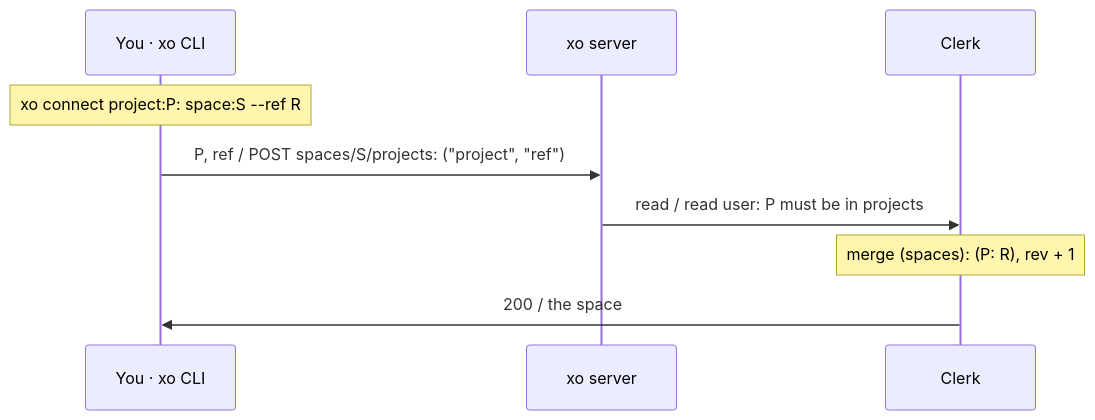
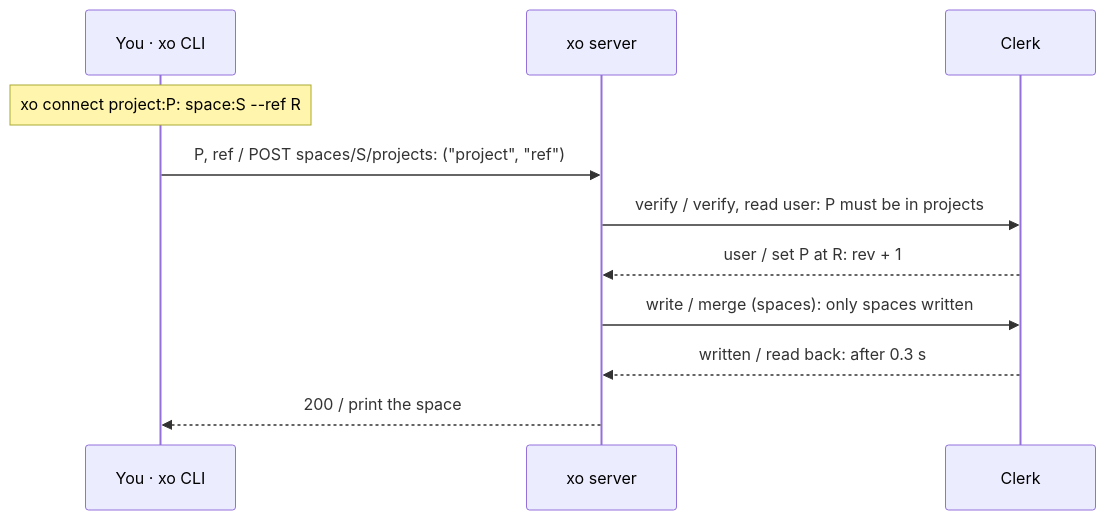
Before and after one commit to quirq-ai/xo: diagram 15 of 32 in docs/architecture.md, drawn with Mermaid. The commit also changed other lines of this file and 10 other files, not shown here.

First line of the commit message:
xo create and architecture: audit fixes on top of #35 and #36

````diff
--- a/docs/architecture.md
+++ b/docs/architecture.md
@@ -320,11 +345,13 @@
 ```mermaid
 sequenceDiagram
   participant Cli as You · xo CLI
   participant Srv as xo server
   participant Clerk as Clerk
   Note over Cli: xo connect project:P: space:S --ref R
   Cli->>Srv: P, ref / POST spaces/S/projects: ("project", "ref")
-  Srv->>Clerk: read / read user: P must be in projects
-  Note over Clerk: merge (spaces): (P: R), rev + 1
-  Clerk->>Cli: 200 / the space
+  Srv->>Clerk: verify / verify, read user: P must be in projects
+  Clerk-->>Srv: user / set P at R: rev + 1
+  Srv->>Clerk: write / merge (spaces): only spaces written
+  Clerk-->>Srv: written / read back: after 0.3 s
+  Srv-->>Cli: 200 / print the space
 ```
````
